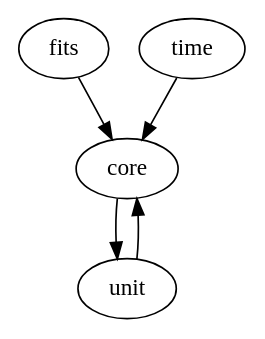
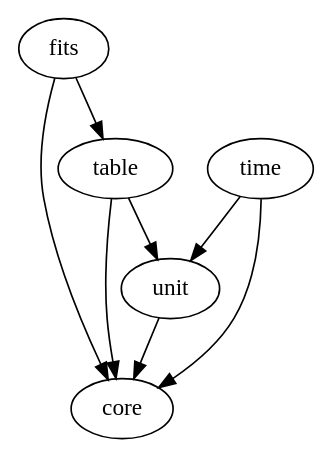
The diagram in docs/source/schemas/index.rst (asdf-format/asdf-standard), drawn with Graphviz before and after one commit. The commit also changed other lines of this file and 14 other files, not shown here.

```diff
--- a/docs/source/schemas/index.rst
+++ b/docs/source/schemas/index.rst
@@ -40,6 +41,9 @@
 .. digraph:: modules
 
    "fits" -> "core"
    "unit" -> "core"
    "time" -> "core"
-   "core" -> "unit"
+   "table" -> "core"
+   "time" -> "unit"
+   "table" -> "unit"
+   "fits" -> "table"
```
